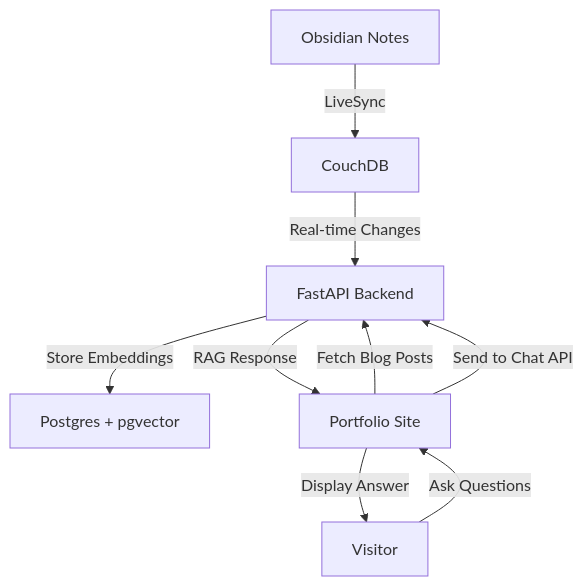
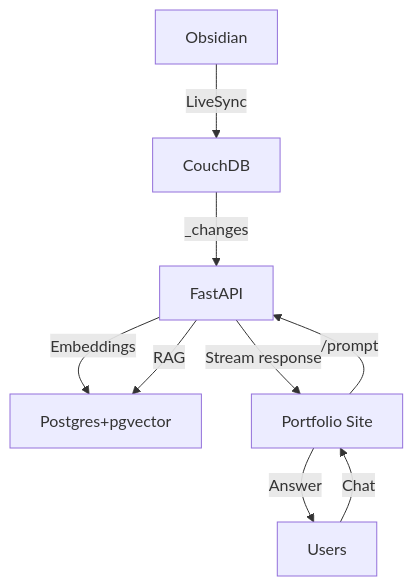
One commit to tediverse/tacos changed the diagram in README.md. Above: the diagram before and after it, drawn with Mermaid.

Commit message:
feat: update architecture diagram

````diff
--- a/README.md
+++ b/README.md
@@ -15,11 +15,12 @@
 ```mermaid
 graph TB
-    A[Obsidian Notes] -->|LiveSync| B[CouchDB]
-    B -->|Real-time Changes| C[FastAPI Backend]
-    C -->|Store Embeddings| D[Postgres + pgvector]
-    E[Portfolio Site] -->|Fetch Blog Posts| C
-    F[Visitor] -->|Ask Questions| E
-    E -->|Send to Chat API| C
-    C -->|RAG Response| E
-    E -->|Display Answer| F
+    A[Obsidian] -->|LiveSync| B[CouchDB]
+    B -->|_changes| C[FastAPI]
+    C -->|Embeddings| D[Postgres+pgvector]
+
+    E[Users] -->|Chat| F[Portfolio Site]
+    F -->|/prompt| C
+    C -->|RAG| D
+    C -->|Stream response| F
+    F -->|Answer| E
 ```
````
